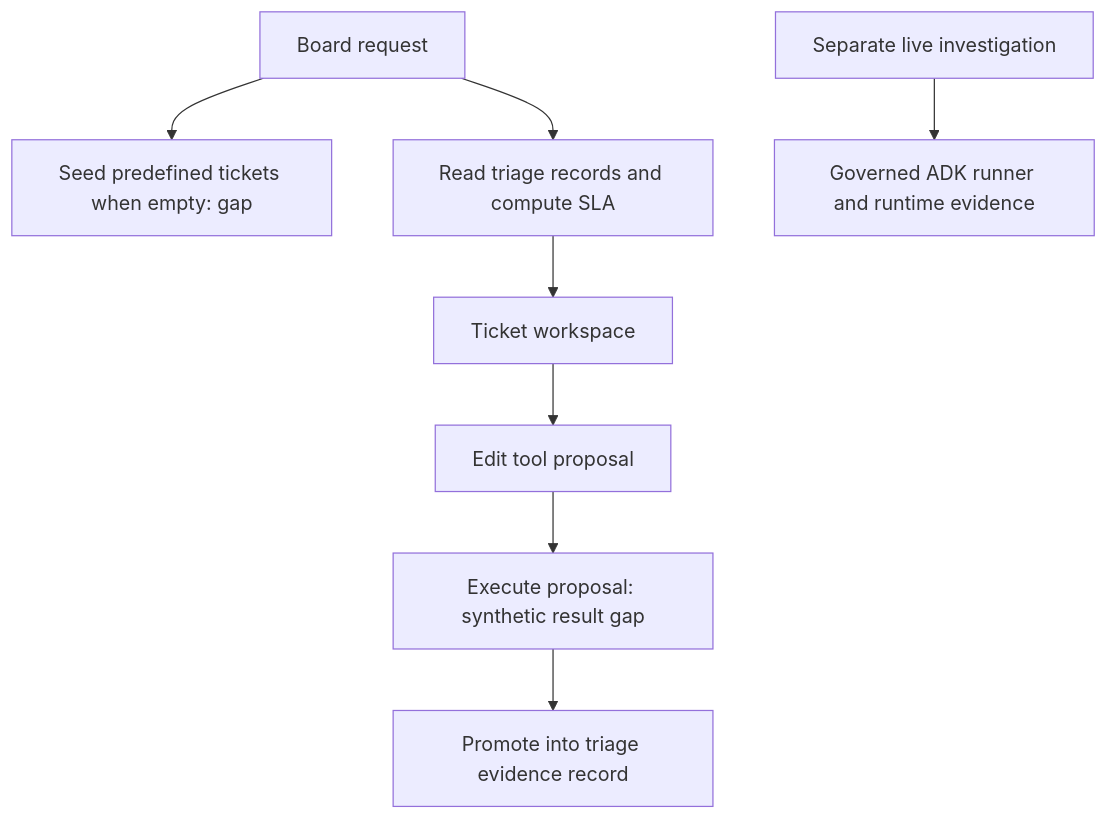
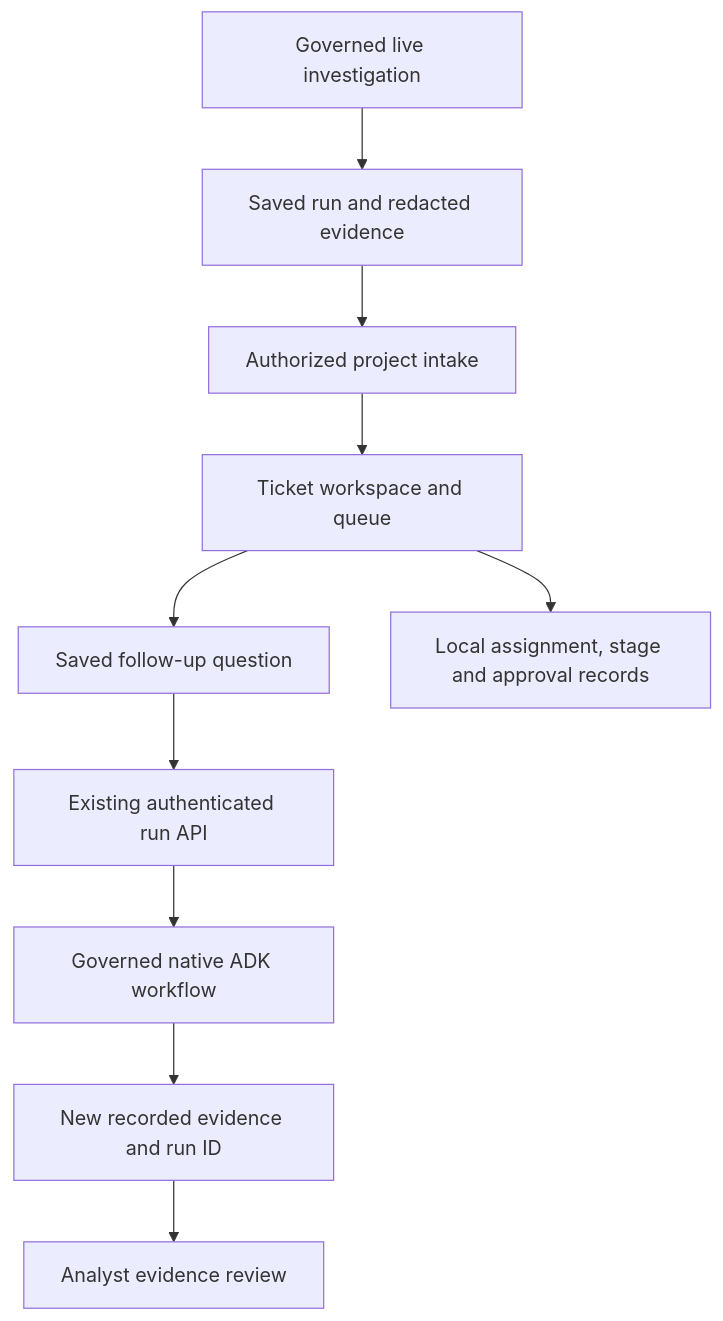
One commit to BharathKumarAI/RCA-Analyzer changed the third of 3 diagrams in docs/project.md. Above: the diagram before and after it, drawn with Mermaid. The commit also changed other lines of this file and 101 other files, not shown here.

````diff
--- a/docs/project.md
+++ b/docs/project.md
@@ -260,19 +260,15 @@
 ```mermaid
 flowchart TD
-  B[Board request] --> SEED[Seed predefined tickets when empty: gap]
-  B --> DB[Read triage records and compute SLA]
-  DB --> W[Ticket workspace]
-  W --> Q[Edit tool proposal]
-  Q --> X[Execute proposal: synthetic result gap]
-  X --> E[Promote into triage evidence record]
-  LIVE[Separate live investigation] --> ADK[Governed ADK runner and runtime evidence]
-  click B "project.md#project-page-map" "Project pages"
-  click SEED "project.md#triage-workspace-implementation-boundary" "Implementation gap"
-  click DB "data-model.md#triage-records-are-a-separate-path" "Triage tables"
-  click W "project.md#project-page-map" "Ticket workspace"
-  click Q "security.md#known-security-and-implementation-limits" "Separate endpoint controls"
-  click X "project.md#triage-workspace-implementation-boundary" "Synthetic execution limitation"
-  click E "data-model.md#triage-records-are-a-separate-path" "Evidence distinction"
-  click LIVE "architecture.md#detailed-execution-walkthrough" "Live request path"
-  click ADK "harness.md#tool-and-model-boundaries" "Governed execution"
+  LIVE[Governed live investigation] --> DB[Saved run and redacted evidence]
+  DB --> IMPORT[Authorized project intake]
+  IMPORT --> W[Ticket workspace and queue]
+  W --> Q[Saved follow-up question]
+  Q --> RUN[Existing authenticated run API]
+  RUN --> ADK[Governed native ADK workflow]
+  ADK --> E[New recorded evidence and run ID]
+  E --> REVIEW[Analyst evidence review]
+  W --> LOCAL[Local assignment, stage and approval records]
+  click RUN "architecture.md#detailed-execution-walkthrough" "Execution boundary"
+  click W "data-model.md#triage-records-are-a-separate-path" "Workspace tables"
+  click REVIEW "security.md#known-security-and-implementation-limits" "Read-only source policy"
 ```
````
